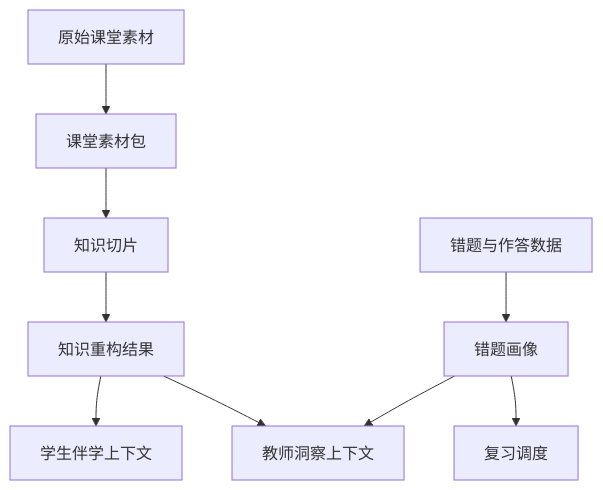
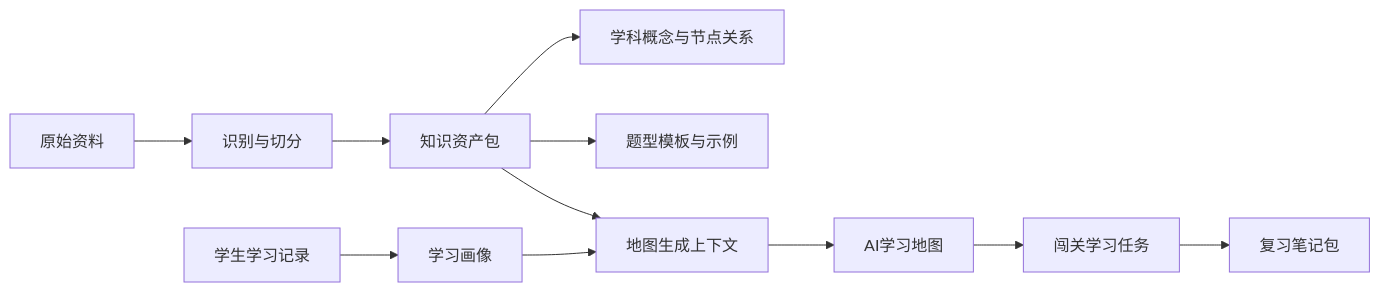
Before and after one commit to chenqsq/doc-showcase: the diagram in doc/作品文档/05-算法与知识库设计.md, drawn with Mermaid. The commit also changed other lines of this file and 42 other files, not shown here.

Commit message:
文档站：切换 AI 主导学习生命周期与实时演化学习地图口径

````diff
--- a/doc/作品文档/05-算法与知识库设计.md
+++ b/doc/作品文档/05-算法与知识库设计.md
@@ -38,11 +40,13 @@
 ```mermaid
-flowchart TB
-    A[原始课堂素材] --> B[课堂素材包]
-    B --> C[知识切片]
-    C --> D[知识重构结果]
-    D --> E[学生伴学上下文]
-    D --> F[教师洞察上下文]
-    G[错题与作答数据] --> H[错题画像]
+flowchart LR
+    A[原始资料] --> B[识别与切分]
+    B --> C[知识资产包]
+    C --> D[学科概念与节点关系]
+    C --> E[题型模板与示例]
+    C --> F[地图生成上下文]
+    G[学生学习记录] --> H[学习画像]
     H --> F
-    H --> I[复习调度]
+    F --> I[AI学习地图]
+    I --> J[闯关学习任务]
+    J --> K[复习笔记包]
 ```
````
